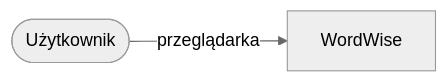
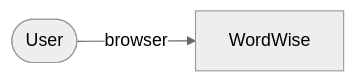
The first of 3 diagrams in docs/architecture.md (grzegorz555/word-wise), drawn with Mermaid (neutral theme) before and after one commit. The commit also changed other lines of this file and 37 other files, not shown here.

````diff
--- a/docs/architecture.md
+++ b/docs/architecture.md
@@ -6,4 +6,4 @@
 ```mermaid
 flowchart LR
-  user([Użytkownik]) -->|przeglądarka| ww[WordWise]
+  user([User]) -->|browser| ww[WordWise]
 ```
````
